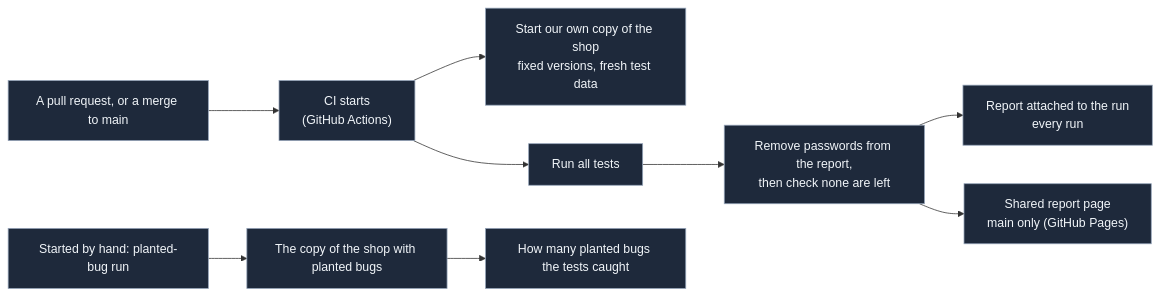
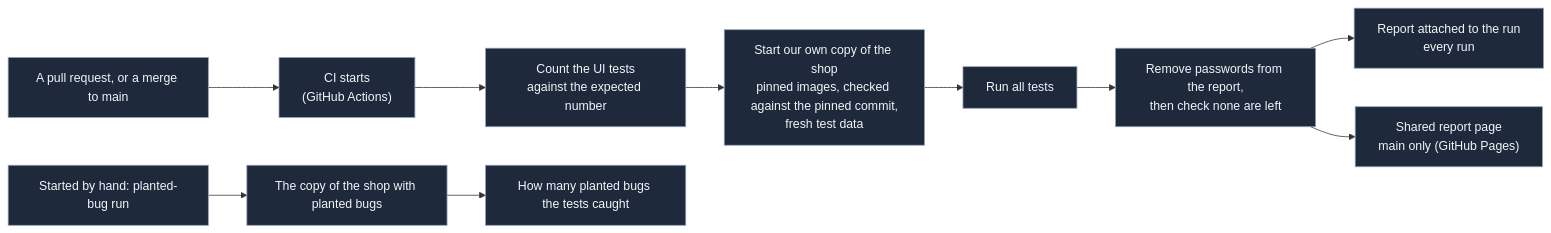
One commit to rahulsharma-qe/playwright-qa-agent changed the third of 3 diagrams in docs/architecture.md. Above: the diagram before and after it, drawn with Mermaid. The commit also changed other lines of this file and 2 other files, not shown here.

First line of the commit message:
Bring the architecture and low-level design up to date

````diff
--- a/docs/architecture.md
+++ b/docs/architecture.md
@@ -57,10 +62,11 @@
 ```mermaid
 flowchart LR
-  PR["A pull request, or a merge to main"] --> GA["CI starts<br/>(GitHub Actions)"] --> OWN["Start our own copy of the shop<br/>fixed versions, fresh test data"]
-  GA --> SU["Run all tests"] --> SCAN["Remove passwords from the report,<br/>then check none are left"]
+  PR["A pull request, or a merge to main"] --> GA["CI starts<br/>(GitHub Actions)"] --> CNT["Count the UI tests<br/>against the expected number"]
+  CNT --> OWN["Start our own copy of the shop<br/>pinned images, checked against the pinned commit,<br/>fresh test data"]
+  OWN --> SU["Run all tests"] --> SCAN["Remove passwords from the report,<br/>then check none are left"]
   SCAN --> ART["Report attached to the run<br/>every run"]
   SCAN --> PG["Shared report page<br/>main only (GitHub Pages)"]
   MAN["Started by hand: planted-bug run"] --> WB["The copy of the shop with planted bugs"] --> SUM["How many planted bugs the tests caught"]
   classDef box fill:#1e293b,stroke:#94a3b8,color:#f1f5f9
-  class PR,GA,OWN,SU,SCAN,ART,PG,MAN,WB,SUM box
+  class PR,GA,CNT,OWN,SU,SCAN,ART,PG,MAN,WB,SUM box
 ```
````
